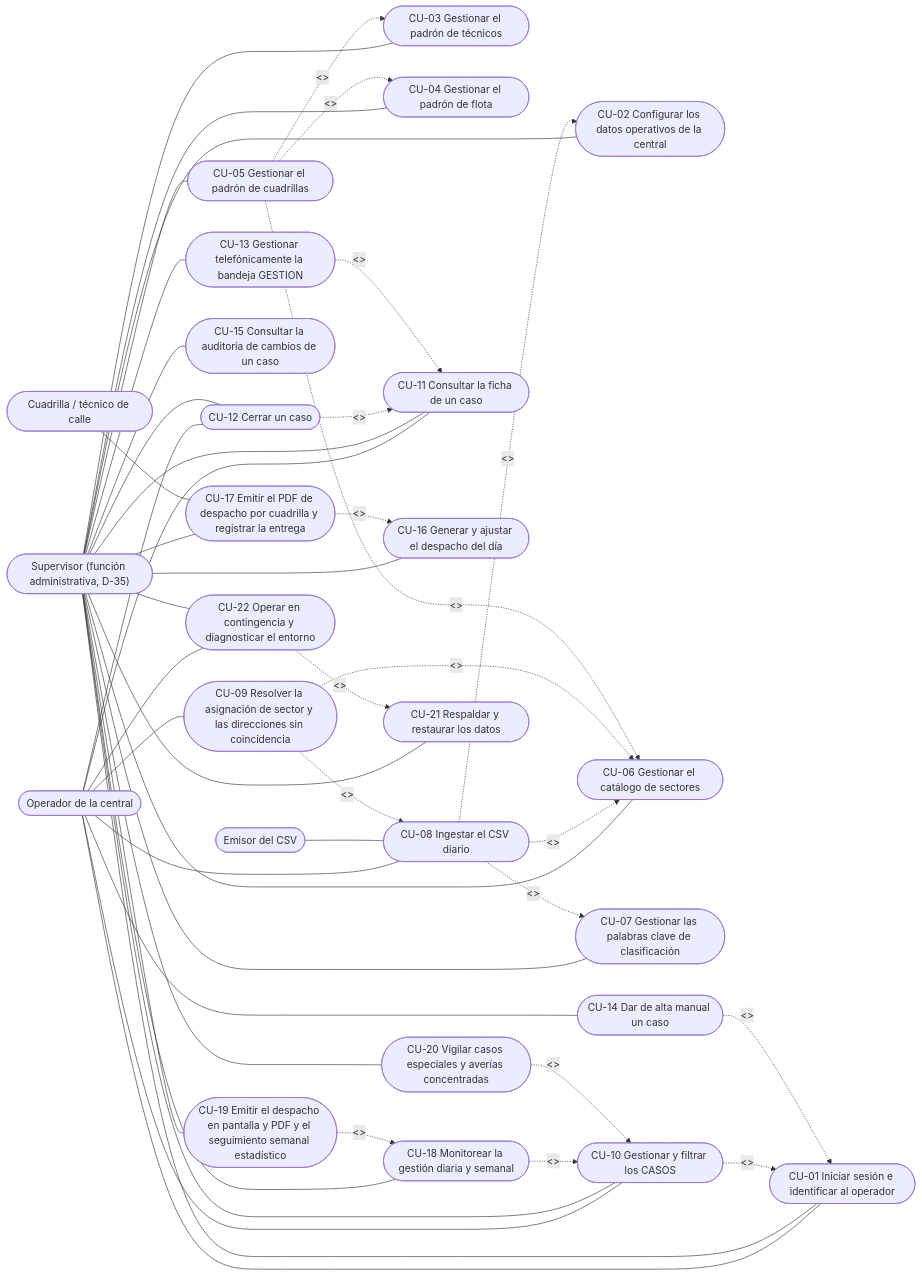
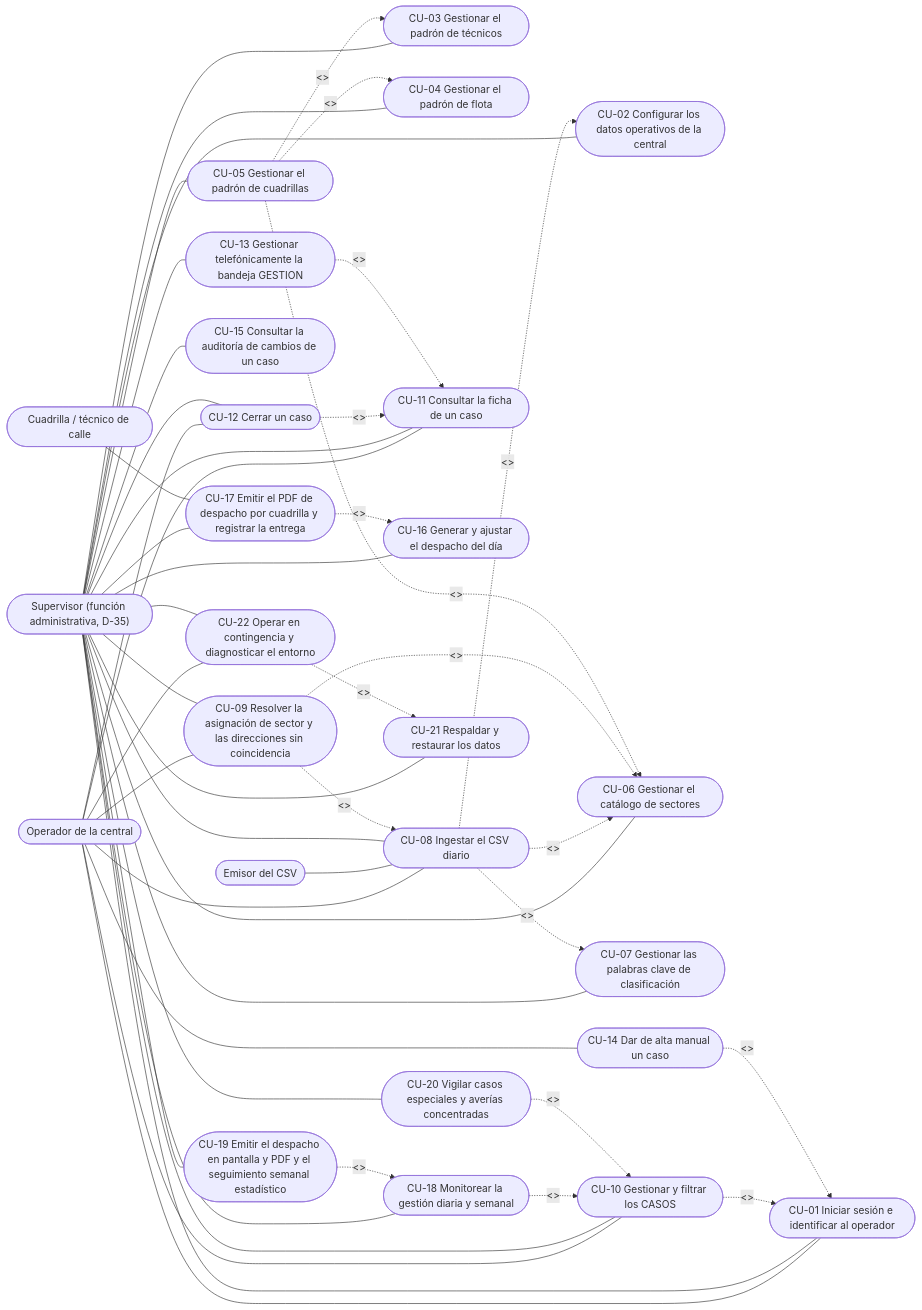
Before and after one commit to anlucorporations/GGTO: the first of 8 diagrams in RepoTecnico/casos_uso/diagramas.md, drawn with Mermaid. The commit also changed other lines of this file and 20 other files, not shown here.

```diff
--- a/RepoTecnico/casos_uso/diagramas.md
+++ b/RepoTecnico/casos_uso/diagramas.md
@@ -90,7 +90,12 @@
     SUP --- CU22
 
     CUA --- CU17
+    %% EMI (emisor del CSV) es actor secundario SOLO de CU-08 (D-59): no participa en CU-09.
     EMI --- CU08
+
+    %% El supervisor es el rol elevado (D-35): también opera la ingesta y la cola de sectores.
+    SUP --- CU08
+    SUP --- CU09
 
     %% Relaciones entre casos de uso (include / extend)
     %% Convención: A include B = A invoca a B ; A extend B = A añade comportamiento a B
```
